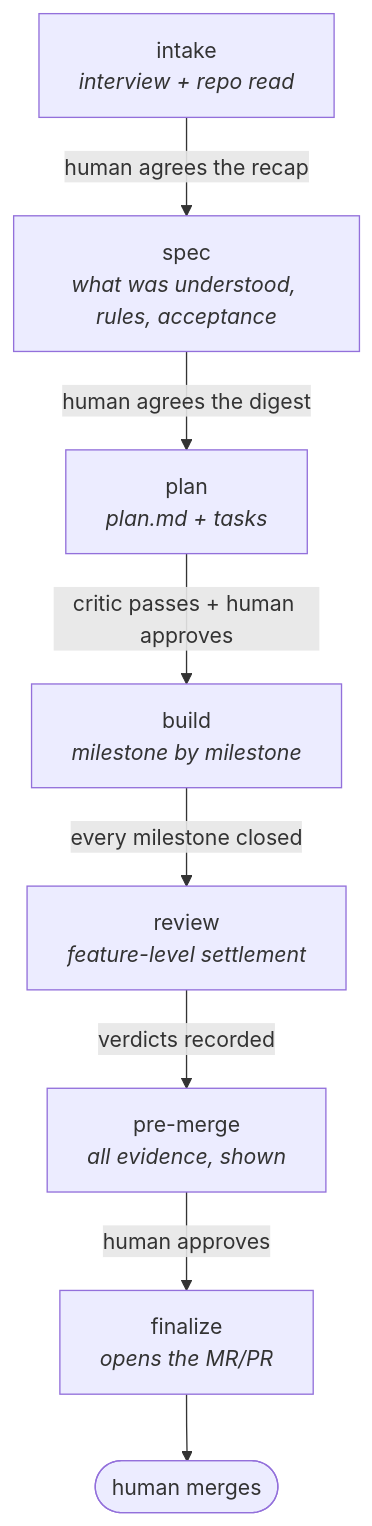
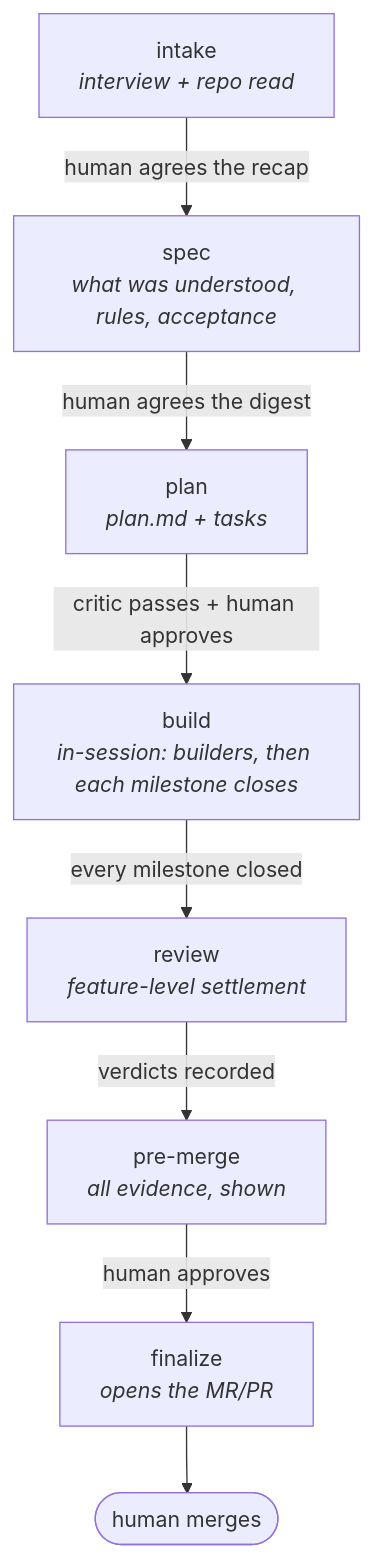
Before and after one commit to rachiddaoud/legion: the diagram in README.md, drawn with Mermaid. The commit also changed other lines of this file and 19 other files, not shown here.

First line of the commit message:
refactor: drive the build stage in session — drop the Workflow loop, kernel-op and the consult agent (#18)

````diff
--- a/README.md
+++ b/README.md
@@ -107,18 +107,18 @@
 ```mermaid
 flowchart TD
     I[intake<br/><i>interview + repo read</i>]
     S[spec<br/><i>what was understood, rules, acceptance</i>]
     P[plan<br/><i>plan.md + tasks</i>]
-    B[build<br/><i>milestone by milestone</i>]
+    B[build<br/><i>in-session: builders, then each milestone closes</i>]
     R[review<br/><i>feature-level settlement</i>]
     M[pre-merge<br/><i>all evidence, shown</i>]
     F[finalize<br/><i>opens the MR/PR</i>]
 
     I -->|human agrees the recap| S
     S -->|human agrees the digest| P
     P -->|critic passes + human approves| B
     B -->|every milestone closed| R
     R -->|verdicts recorded| M
     M -->|human approves| F
     F --> H([human merges])
 ```
````
